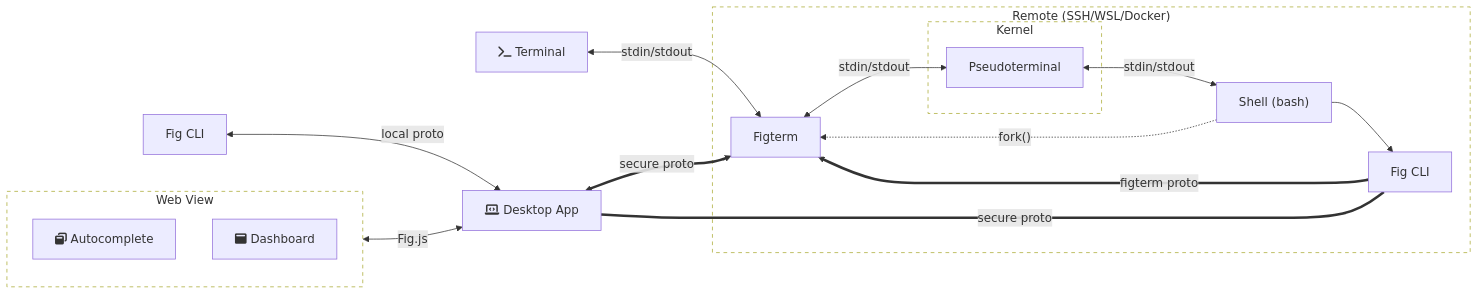
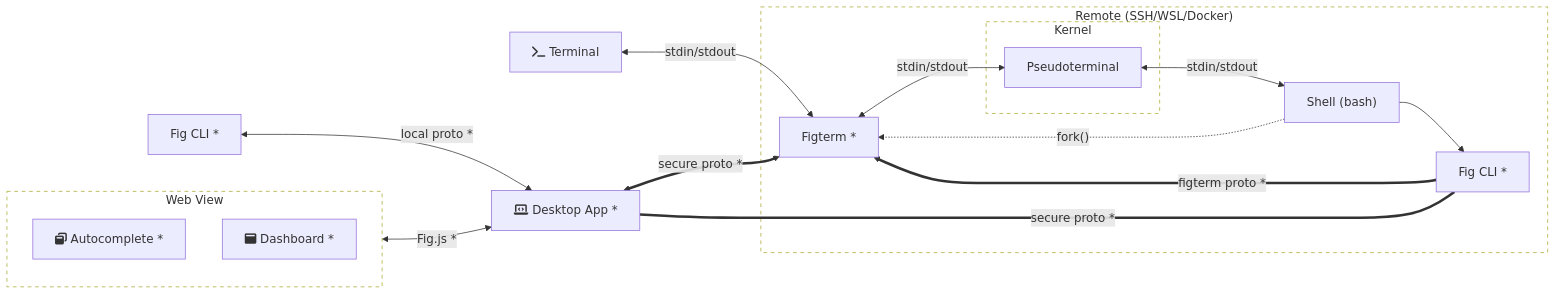
Before and after one commit to aws/q-cli: the diagram in README.md, drawn with Mermaid.

Commit message:
docs: update what we own in readme diagram

````diff
--- a/README.md
+++ b/README.md
@@ -6,47 +6,47 @@
 ```mermaid
 %%{
   init: {
     "fontFamily": "monospace"
   }
 }%%
 
 flowchart LR
     term[fa:fa-terminal Terminal]
     click term href "https://en.wikipedia.org/wiki/Terminal_emulator"
-      desktop[fa:fa-laptop-code Desktop App]
+      desktop[fa:fa-laptop-code Desktop App *]
     click desktop href "https://github.com/withfig/macos/tree/HEAD/fig_desktop"
     subgraph webview[Web View]
       style webview fill:transparent,stroke-dasharray: 5 5
-      autocomplete[fa:fa-window-restore Autocomplete]
+      autocomplete[fa:fa-window-restore Autocomplete *]
       click autocomplete href "https://www.github.com/withfig/autocomplete-engine"
-      dashboard[fa:fa-window-maximize Dashboard]
+      dashboard[fa:fa-window-maximize Dashboard *]
       click dashboard href "https://www.github.com/withfig/mission-control"
     end
-    localCli[Fig CLI]
+    localCli[Fig CLI *]
     click localCli href "https://github.com/withfig/macos/tree/HEAD/fig_cli"
     subgraph remote["Remote (SSH/WSL/Docker)"]
       style remote fill:transparent,stroke-dasharray: 5 5
-      figterm[Figterm]
+      figterm[Figterm *]
       click figterm href "https://github.com/withfig/macos/tree/HEAD/figterm"
       shell["Shell (bash)"]
       click shell href "https://en.wikipedia.org/wiki/Unix_shell"
-      remoteCli[Fig CLI]
+      remoteCli[Fig CLI *]
       click remoteCli href "https://github.com/withfig/macos/tree/HEAD/fig_cli"
       subgraph kernel[Kernel]
         style kernel fill:transparent,stroke-dasharray: 5 5
         pseudo[Pseudoterminal]
         click pseudo href "https://en.wikipedia.org/wiki/Pseudoterminal"
       end
     end
 
-    localCli <-->|local proto| desktop
+    localCli <-->|local proto *| desktop
     term <-->|stdin/stdout| figterm
-    webview <-->|Fig.js| desktop
-    desktop <==>|secure proto| figterm
+    webview <-->|Fig.js *| desktop
+    desktop <==>|secure proto *| figterm
     figterm <-->|stdin/stdout| pseudo
     pseudo <-->|stdin/stdout| shell
     shell -.->|"fork()"| figterm
     shell --> remoteCli
-    remoteCli ==>|figterm proto| figterm
-    desktop ===|secure proto| remoteCli
+    remoteCli ==>|figterm proto *| figterm
+    desktop ===|secure proto *| remoteCli
 ```
````
